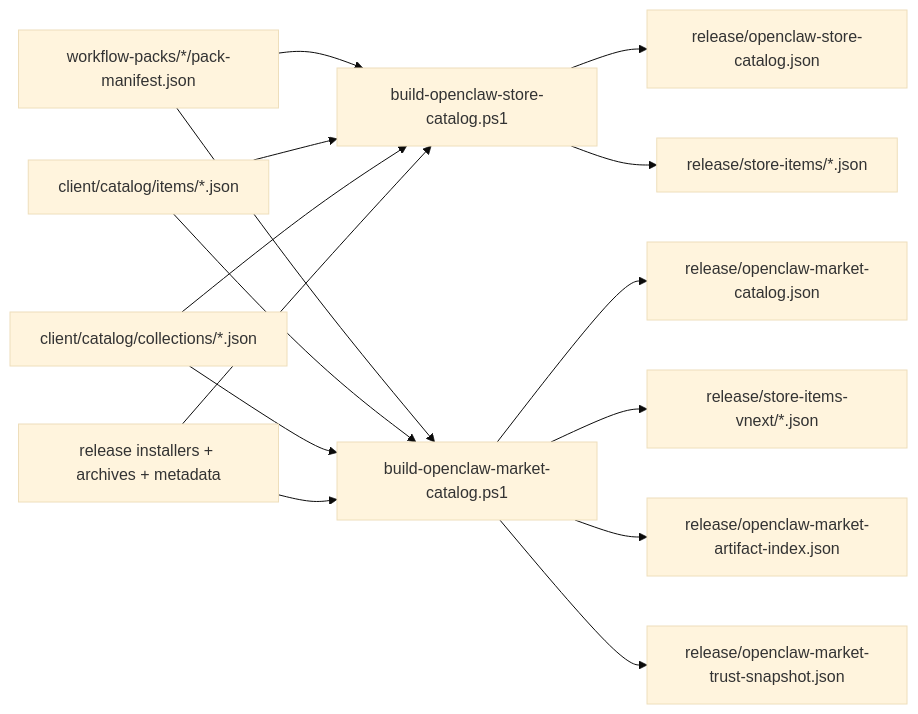
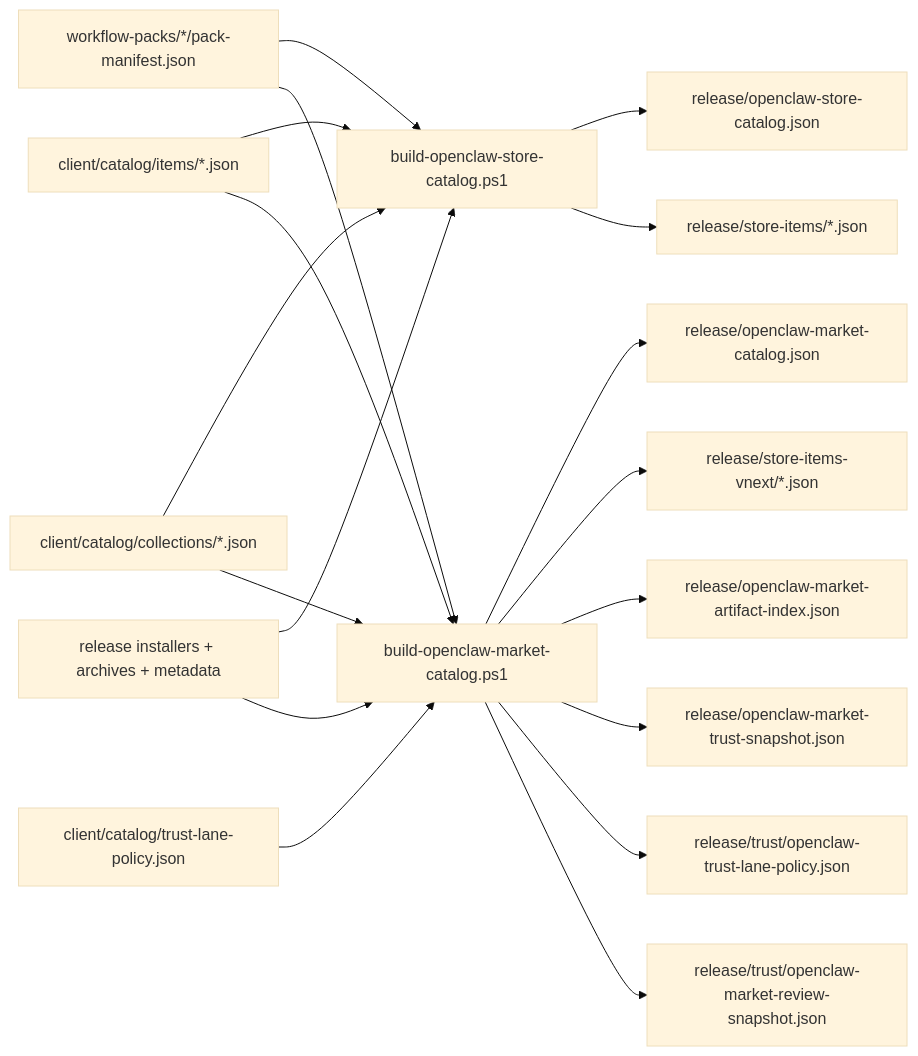
The first of 2 diagrams in client/catalog/README.md (RZX00/openclaw-windows-installer), drawn with Mermaid (base theme) before and after one commit. The commit also changed other lines of this file and 8 other files, not shown here.

Commit message:
feat: emit release trust review metadata

````diff
--- a/client/catalog/README.md
+++ b/client/catalog/README.md
@@ -36,17 +42,20 @@
 ```mermaid
 flowchart LR
     A["workflow-packs/*/pack-manifest.json"] --> B["build-openclaw-store-catalog.ps1"]
     A --> C["build-openclaw-market-catalog.ps1"]
     D["client/catalog/items/*.json"] --> B
     D --> C
-    E["client/catalog/collections/*.json"] --> B
-    E --> C
-    F["release installers + archives + metadata"] --> B
+    E["client/catalog/trust-lane-policy.json"] --> C
+    F["client/catalog/collections/*.json"] --> B
     F --> C
-    B --> G["release/openclaw-store-catalog.json"]
-    B --> H["release/store-items/*.json"]
-    C --> I["release/openclaw-market-catalog.json"]
-    C --> J["release/store-items-vnext/*.json"]
-    C --> K["release/openclaw-market-artifact-index.json"]
-    C --> L["release/openclaw-market-trust-snapshot.json"]
+    G["release installers + archives + metadata"] --> B
+    G --> C
+    B --> H["release/openclaw-store-catalog.json"]
+    B --> I["release/store-items/*.json"]
+    C --> J["release/openclaw-market-catalog.json"]
+    C --> K["release/store-items-vnext/*.json"]
+    C --> L["release/openclaw-market-artifact-index.json"]
+    C --> M["release/openclaw-market-trust-snapshot.json"]
+    C --> N["release/trust/openclaw-trust-lane-policy.json"]
+    C --> O["release/trust/openclaw-market-review-snapshot.json"]
 ```
````
